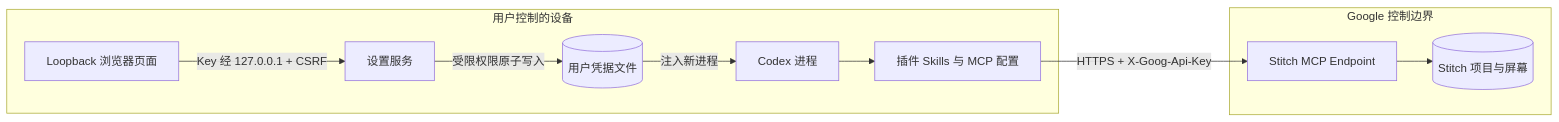
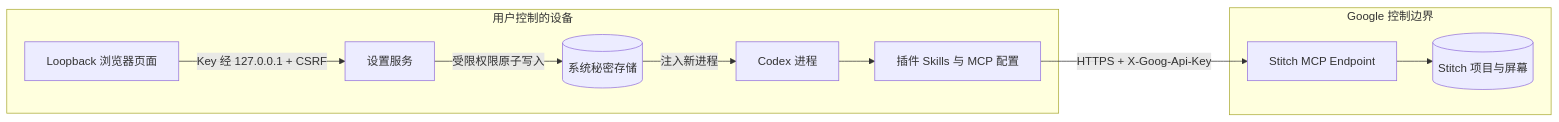
One commit to full-stack-plugins/stitch-design-plugin changed the fourth of 11 diagrams in docs/Stitch-Design-Architecture.zh_CN.md. Above: the diagram before and after it, drawn with Mermaid. The commit also changed other lines of this file and 9 other files, not shown here.

````diff
--- a/docs/Stitch-Design-Architecture.zh_CN.md
+++ b/docs/Stitch-Design-Architecture.zh_CN.md
@@ -84,20 +85,20 @@
 ```mermaid
 flowchart LR
     subgraph Device["用户控制的设备"]
       Browser["Loopback 浏览器页面"]
       Setup["设置服务"]
-      Store[("用户凭据文件")]
+      Store[("系统秘密存储")]
       Codex["Codex 进程"]
       Plugin["插件 Skills 与 MCP 配置"]
       Browser -->|"Key 经 127.0.0.1 + CSRF"| Setup
       Setup -->|"受限权限原子写入"| Store
       Store -->|"注入新进程"| Codex
       Codex --> Plugin
     end
     subgraph Google["Google 控制边界"]
       MCP["Stitch MCP Endpoint"]
       Data[("Stitch 项目与屏幕")]
       MCP --> Data
     end
     Plugin -->|"HTTPS + X-Goog-Api-Key"| MCP
 ```
````
